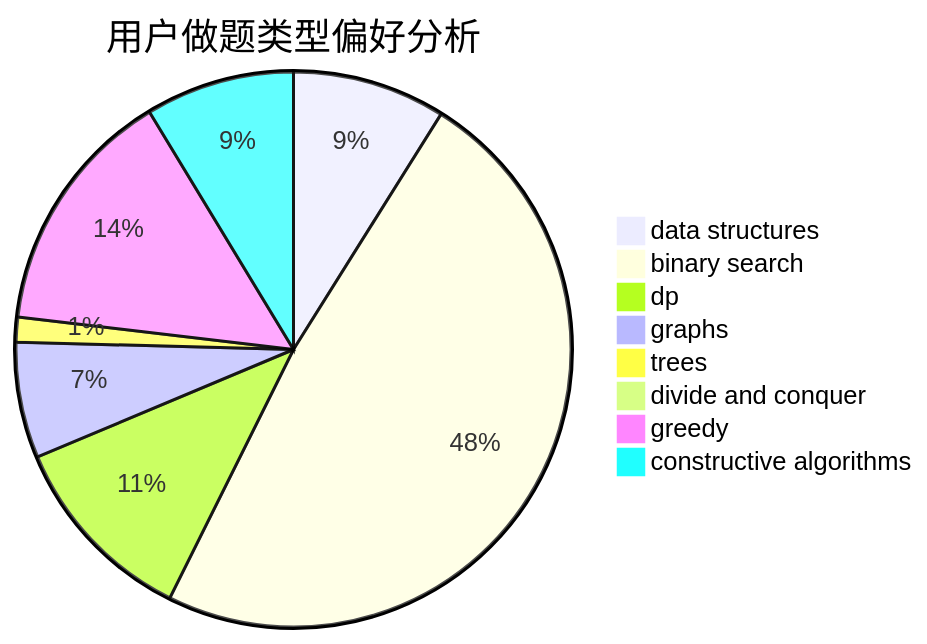
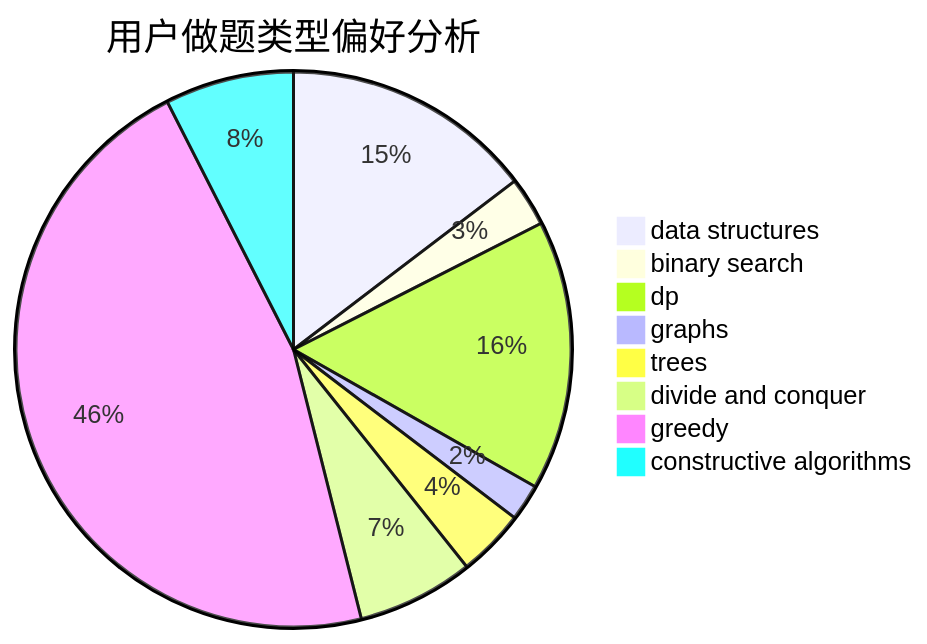
One commit to sherpahu/cfrs.github.io changed the second of 3 diagrams in docs/user/u2279.md. Above: the diagram before and after it, drawn with Mermaid. The commit also changed other lines of this file and 2770 other files, not shown here.

````diff
--- a/docs/user/u2279.md
+++ b/docs/user/u2279.md
@@ -23,11 +23,11 @@
 ```mermaid
 pie title 用户做题类型偏好分析
-    "data structures" :  37
-    "binary search" :  201
-    "dp" :  47
-    "graphs" :  28
-    "trees" :  6
-    "divide and conquer" :  0
-    "greedy" :  60
-    "constructive algorithms" :  36
+    "data structures" :  41
+    "binary search" :  8
+    "dp" :  44
+    "graphs" :  6
+    "trees" :  11
+    "divide and conquer" :  19
+    "greedy" :  130
+    "constructive algorithms" :  21
 ```
````
